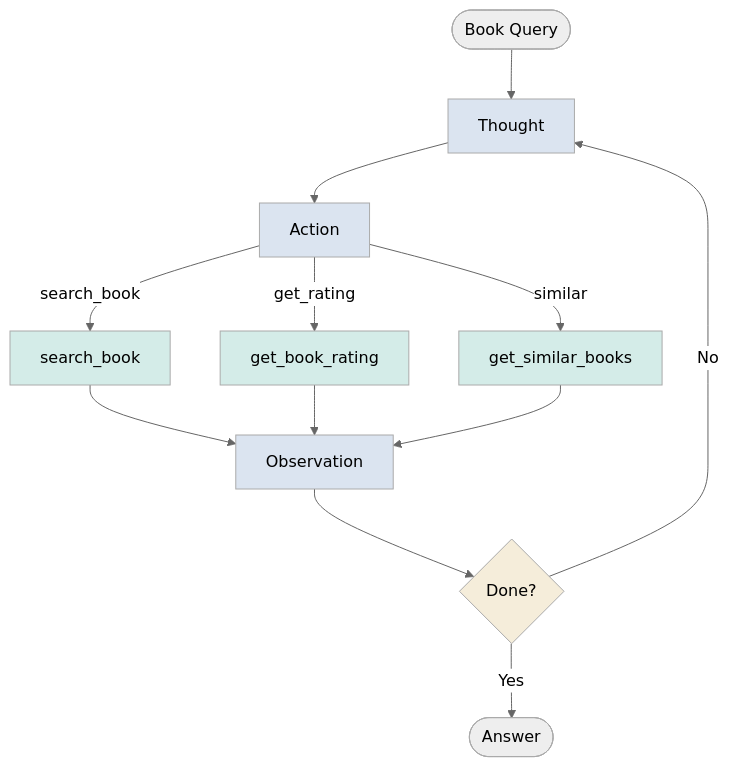
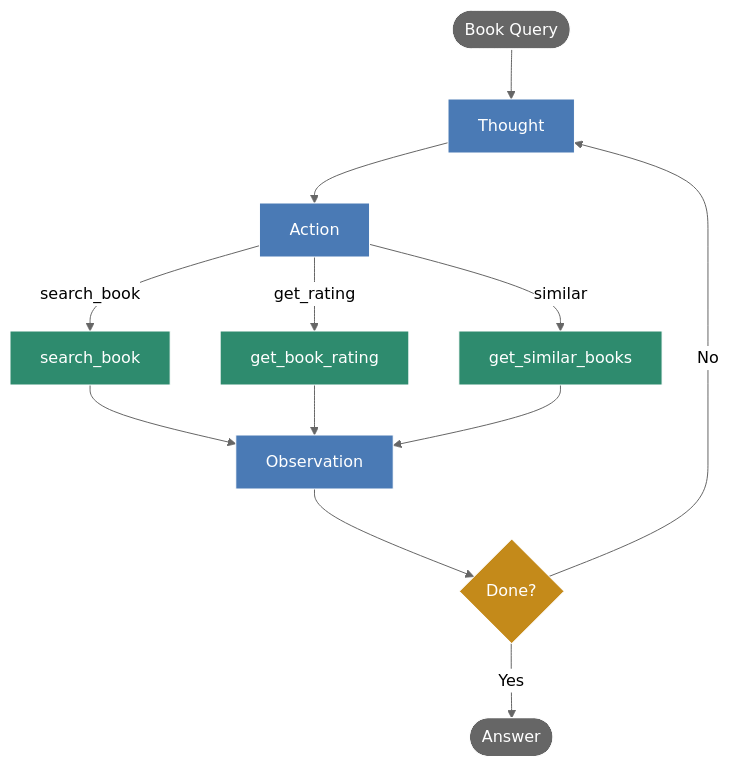
One commit to inbravo/agent-bench changed the diagram in reasoning/[react]-[langgraph]-[ollama]/README.md. Above: the diagram before and after it, drawn with Mermaid (neutral theme). The commit also changed 10 other files, not shown here.

First line of the commit message:
fix: improve Mermaid diagram contrast for GitHub dark mode

````diff
--- a/reasoning/[react]-[langgraph]-[ollama]/README.md
+++ b/reasoning/[react]-[langgraph]-[ollama]/README.md
@@ -8,24 +8,24 @@
 ```mermaid
 flowchart TD
     A([Book Query]) --> B[Thought]
     B --> C[Action]
     C -- search_book --> D[search_book]
     C -- get_rating --> E[get_book_rating]
     C -- similar --> F[get_similar_books]
     D --> G[Observation]
     E --> G
     F --> G
     G --> H{Done?}
     H -- No --> B
     H -- Yes --> I([Answer])
 
-    style A fill:#eeeeee,stroke:#aaa
-    style B fill:#dbe4f0,stroke:#aaa
-    style C fill:#dbe4f0,stroke:#aaa
-    style D fill:#d4ece8,stroke:#aaa
-    style E fill:#d4ece8,stroke:#aaa
-    style F fill:#d4ece8,stroke:#aaa
-    style G fill:#dbe4f0,stroke:#aaa
-    style H fill:#f5edda,stroke:#aaa
-    style I fill:#eeeeee,stroke:#aaa
+    style A fill:#666666,stroke:#fff,color:#fff
+    style B fill:#4a7ab5,stroke:#fff,color:#fff
+    style C fill:#4a7ab5,stroke:#fff,color:#fff
+    style D fill:#2e8b6e,stroke:#fff,color:#fff
+    style E fill:#2e8b6e,stroke:#fff,color:#fff
+    style F fill:#2e8b6e,stroke:#fff,color:#fff
+    style G fill:#4a7ab5,stroke:#fff,color:#fff
+    style H fill:#c48a1a,stroke:#fff,color:#fff
+    style I fill:#666666,stroke:#fff,color:#fff
 ```
````
